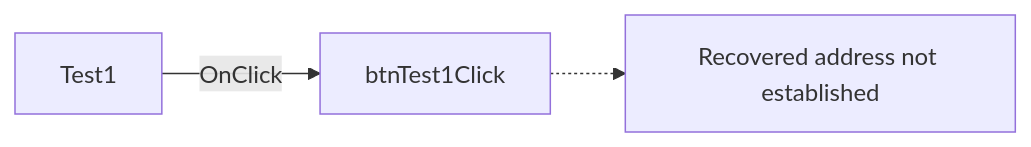
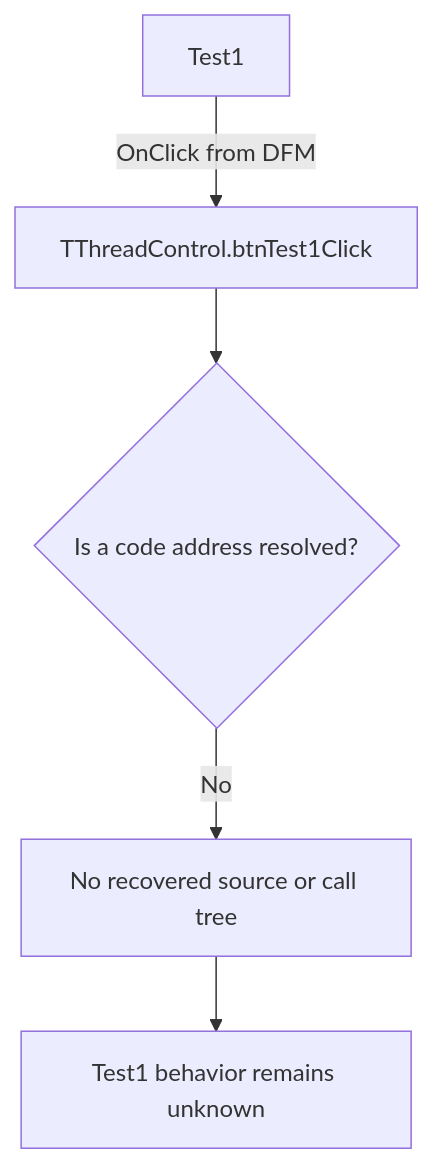
The diagram in docs/ui-controls/threadcontrol/btntest1-0054e23874.md (MovGP0/TIARA), drawn with Mermaid before and after one commit. The commit also changed other lines of this file and 1062 other files, not shown here.

````diff
--- a/docs/ui-controls/threadcontrol/btntest1-0054e23874.md
+++ b/docs/ui-controls/threadcontrol/btntest1-0054e23874.md
@@ -27,5 +29,7 @@
 ```mermaid
-flowchart LR
-    control["Test1"] -->|OnClick| handler["btnTest1Click"]
-    handler -.-> unresolved["Recovered address not established"]
+flowchart TD
+    control["Test1"] -->|OnClick from DFM| binding["TThreadControl.btnTest1Click"]
+    binding --> address{"Is a code address resolved?"}
+    address -->|No| gap["No recovered source or call tree"]
+    gap --> unknown["Test1 behavior remains unknown"]
 ```
````
